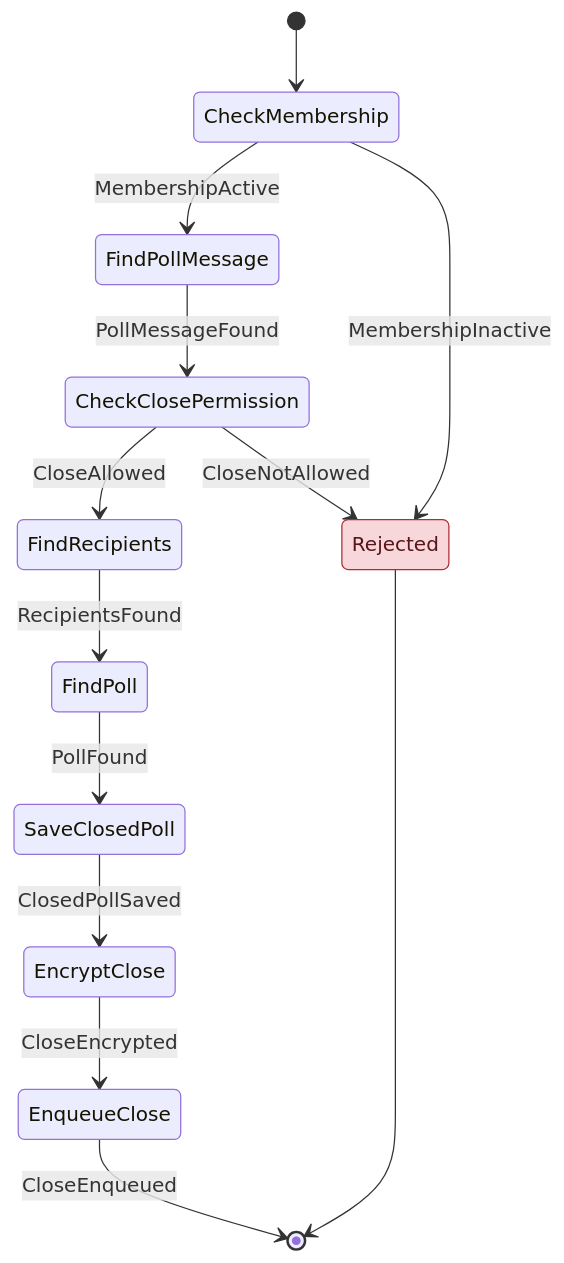
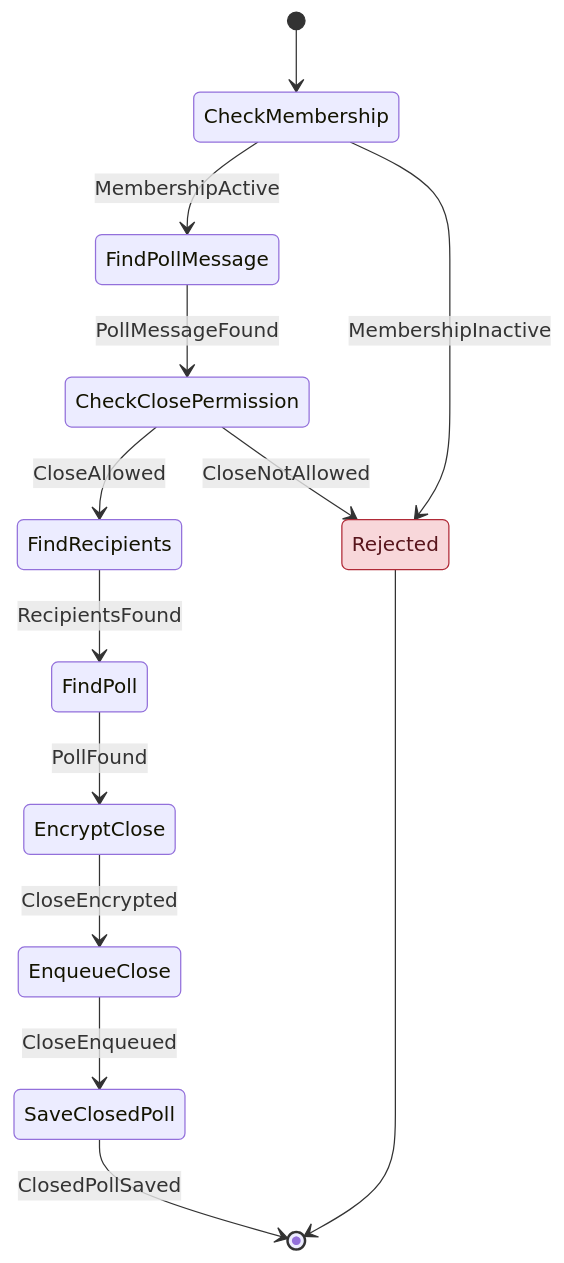
Diagram 16 of 27 in docs/architecture/workflows/message.md (cbgm/Sparrow), drawn with Mermaid before and after one commit. The commit also changed other lines of this file and 193 other files, not shown here.

````diff
--- a/docs/architecture/workflows/message.md
+++ b/docs/architecture/workflows/message.md
@@ -366,17 +469,17 @@
 ```mermaid
 stateDiagram-v2
     [*] --> CheckMembership
     CheckMembership --> FindPollMessage : MembershipActive
     CheckMembership --> Rejected : MembershipInactive
     FindPollMessage --> CheckClosePermission : PollMessageFound
     CheckClosePermission --> FindRecipients : CloseAllowed
     CheckClosePermission --> Rejected : CloseNotAllowed
     FindRecipients --> FindPoll : RecipientsFound
-    FindPoll --> SaveClosedPoll : PollFound
-    SaveClosedPoll --> EncryptClose : ClosedPollSaved
+    FindPoll --> EncryptClose : PollFound
     EncryptClose --> EnqueueClose : CloseEncrypted
-    EnqueueClose --> [*] : CloseEnqueued
+    EnqueueClose --> SaveClosedPoll : CloseEnqueued
+    SaveClosedPoll --> [*] : ClosedPollSaved
     Rejected --> [*]
     classDef reject fill:#f8d7da,stroke:#b02a37,color:#58151c
     class Rejected reject
 ```
````
